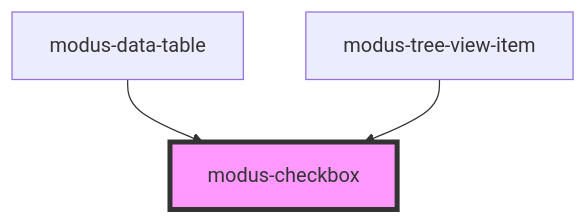
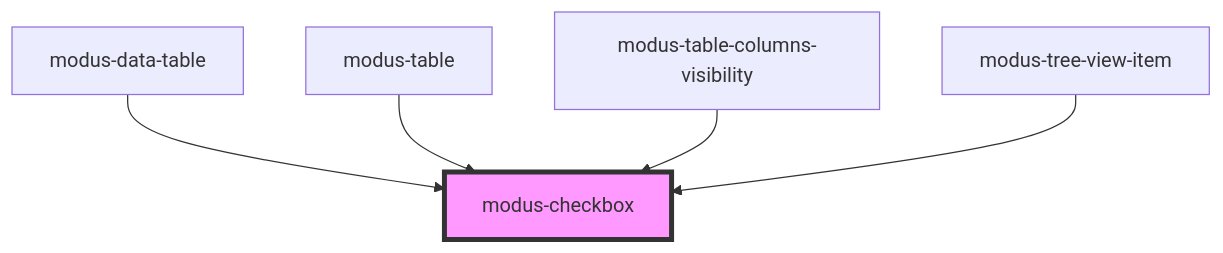
The diagram in stencil-workspace/src/components/modus-checkbox/readme.md (trimble-oss/modus-web-components), drawn with Mermaid before and after one commit. The commit also changed other lines of this file and 79 other files, not shown here.

Commit message:
Created Modus Table component

````diff
--- a/stencil-workspace/src/components/modus-checkbox/readme.md
+++ b/stencil-workspace/src/components/modus-checkbox/readme.md
@@ -48,6 +51,8 @@
 ```mermaid
 graph TD;
   modus-data-table --> modus-checkbox
+  modus-table --> modus-checkbox
+  modus-table-columns-visibility --> modus-checkbox
   modus-tree-view-item --> modus-checkbox
   style modus-checkbox fill:#f9f,stroke:#333,stroke-width:4px
 ```
````
